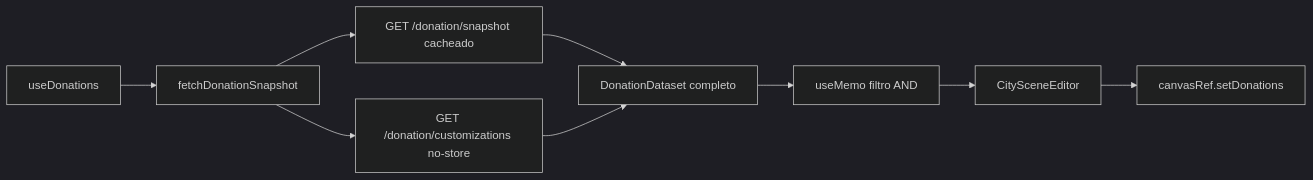
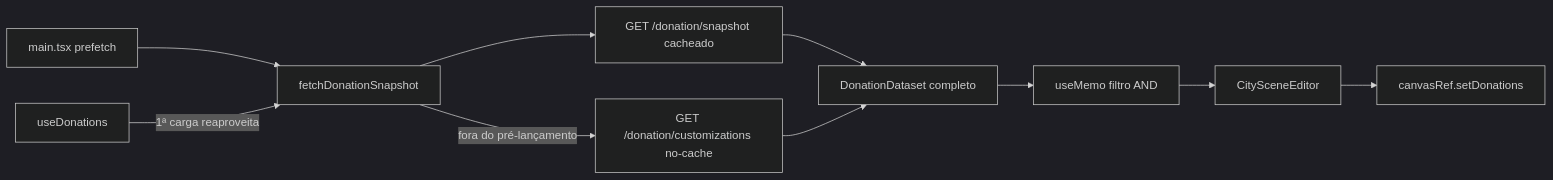
The diagram in doc/api/donation-api.md (RaeII/cidoe), drawn with Mermaid (dark theme) before and after one commit. The commit also changed other lines of this file and 17 other files, not shown here.

````diff
--- a/doc/api/donation-api.md
+++ b/doc/api/donation-api.md
@@ -77,11 +80,12 @@
 ```mermaid
 flowchart LR
-    Hook[useDonations] --> Fetch[fetchDonationSnapshot]
+    Entry[main.tsx prefetch] --> Fetch[fetchDonationSnapshot]
+    Hook[useDonations] --> |1ª carga reaproveita| Fetch
     Fetch --> Snapshot[GET /donation/snapshot cacheado]
-    Fetch --> Current[GET /donation/customizations no-store]
+    Fetch --> |fora do pré-lançamento| Current[GET /donation/customizations no-cache]
     Snapshot --> DS[DonationDataset completo]
     Current --> DS
     DS --> Filter[useMemo filtro AND]
     Filter --> Editor[CitySceneEditor]
     Editor --> Canvas[canvasRef.setDonations]
 ```
````
